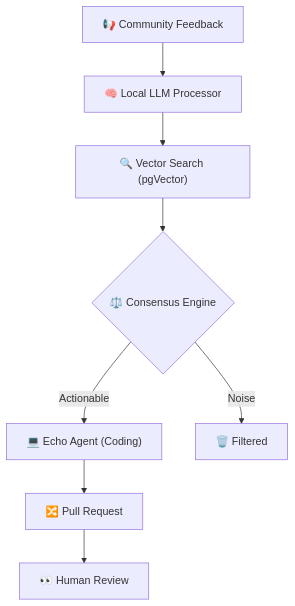
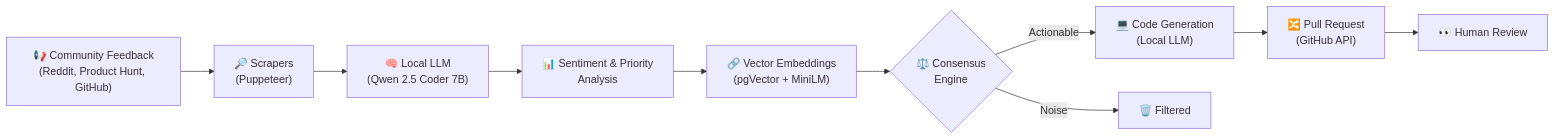
One commit to VaradSinghal/echo.v2 changed the first of 2 diagrams in README.md. Above: the diagram before and after it, drawn with Mermaid. The commit also changed other lines of this file and 1 other file, not shown here.

````diff
--- a/README.md
+++ b/README.md
@@ -17,10 +38,12 @@
 ```mermaid
-graph TD
-    A["📢 Community Feedback"] --> B["🧠 Local LLM Processor"]
-    B --> C["🔍 Vector Search (pgVector)"]
-    C --> D{"⚖️ Consensus Engine"}
-    D -- "Actionable" --> E["💻 Echo Agent (Coding)"]
-    D -- "Noise" --> F["🗑️ Filtered"]
-    E --> G["🔀 Pull Request"]
-    G --> H["👀 Human Review"]
+graph LR
+    A["📢 Community Feedback<br/>(Reddit, Product Hunt, GitHub)"] --> B["🔎 Scrapers<br/>(Puppeteer)"]
+    B --> C["🧠 Local LLM<br/>(Qwen 2.5 Coder 7B)"]
+    C --> D["📊 Sentiment & Priority<br/>Analysis"]
+    D --> E["🔗 Vector Embeddings<br/>(pgVector + MiniLM)"]
+    E --> F{"⚖️ Consensus<br/>Engine"}
+    F -- "Actionable" --> G["💻 Code Generation<br/>(Local LLM)"]
+    F -- "Noise" --> H["🗑️ Filtered"]
+    G --> I["🔀 Pull Request<br/>(GitHub API)"]
+    I --> J["👀 Human Review"]
 ```
````
